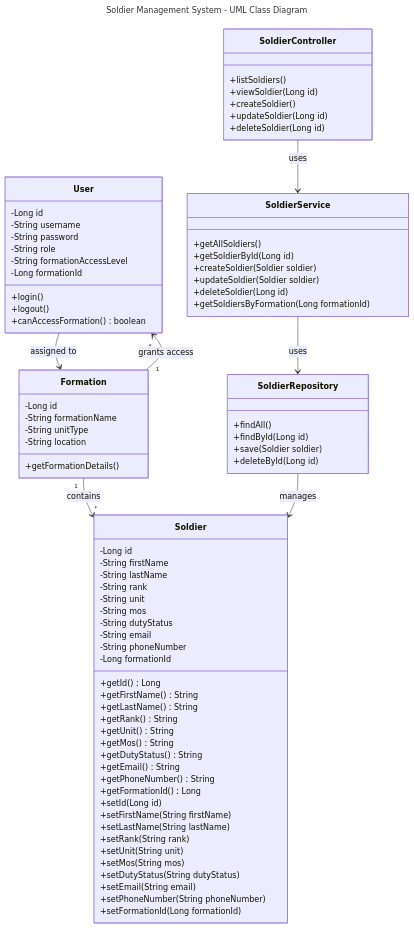
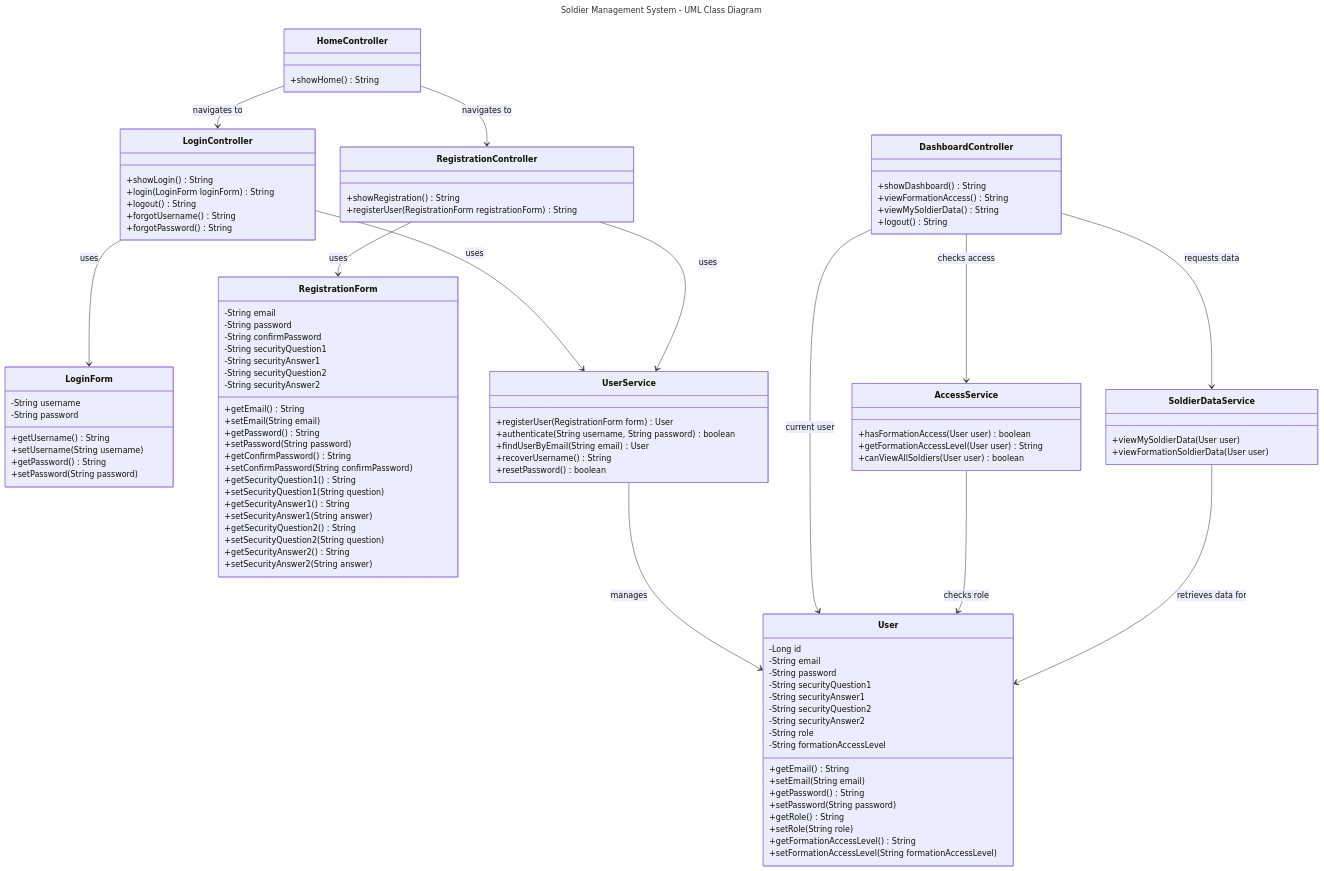
Before and after one commit to DragonReborn10/cst339: the third of 3 diagrams in milestones/milestone1/README.md, drawn with Mermaid.

Commit message:
added README.md and image folder to Milestone 1

````diff
--- a/milestones/milestone1/README.md
+++ b/milestones/milestone1/README.md
@@ -138,87 +138,112 @@
 ---
 classDiagram
 
-    class Soldier {
+    class User {
         -Long id
-        -String firstName
-        -String lastName
-        -String rank
-        -String unit
-        -String mos
-        -String dutyStatus
         -String email
-        -String phoneNumber
-        -Long formationId
-        +getId() Long
-        +getFirstName() String
-        +getLastName() String
-        +getRank() String
-        +getUnit() String
-        +getMos() String
-        +getDutyStatus() String
+        -String password
+        -String securityQuestion1
+        -String securityAnswer1
+        -String securityQuestion2
+        -String securityAnswer2
+        -String role
+        -String formationAccessLevel
         +getEmail() String
-        +getPhoneNumber() String
-        +getFormationId() Long
-        +setId(Long id)
-        +setFirstName(String firstName)
-        +setLastName(String lastName)
-        +setRank(String rank)
-        +setUnit(String unit)
-        +setMos(String mos)
-        +setDutyStatus(String dutyStatus)
         +setEmail(String email)
-        +setPhoneNumber(String phoneNumber)
-        +setFormationId(Long formationId)
+        +getPassword() String
+        +setPassword(String password)
+        +getRole() String
+        +setRole(String role)
+        +getFormationAccessLevel() String
+        +setFormationAccessLevel(String formationAccessLevel)
     }
 
-    class User {
-        -Long id
+    class LoginForm {
         -String username
         -String password
-        -String role
-        -String formationAccessLevel
-        -Long formationId
-        +login()
-        +logout()
-        +canAccessFormation() boolean
+        +getUsername() String
+        +setUsername(String username)
+        +getPassword() String
+        +setPassword(String password)
     }
 
-    class Formation {
-        -Long id
-        -String formationName
-        -String unitType
-        -String location
-        +getFormationDetails()
+    class RegistrationForm {
+        -String email
+        -String password
+        -String confirmPassword
+        -String securityQuestion1
+        -String securityAnswer1
+        -String securityQuestion2
+        -String securityAnswer2
+        +getEmail() String
+        +setEmail(String email)
+        +getPassword() String
+        +setPassword(String password)
+        +getConfirmPassword() String
+        +setConfirmPassword(String confirmPassword)
+        +getSecurityQuestion1() String
+        +setSecurityQuestion1(String question)
+        +getSecurityAnswer1() String
+        +setSecurityAnswer1(String answer)
+        +getSecurityQuestion2() String
+        +setSecurityQuestion2(String question)
+        +getSecurityAnswer2() String
+        +setSecurityAnswer2(String answer)
     }
 
-    class SoldierController {
-        +listSoldiers()
-        +viewSoldier(Long id)
-        +createSoldier()
-        +updateSoldier(Long id)
-        +deleteSoldier(Long id)
+    class HomeController {
+        +showHome() String
     }
 
-    class SoldierService {
-        +getAllSoldiers()
-        +getSoldierById(Long id)
-        +createSoldier(Soldier soldier)
-        +updateSoldier(Soldier soldier)
-        +deleteSoldier(Long id)
-        +getSoldiersByFormation(Long formationId)
+    class LoginController {
+        +showLogin() String
+        +login(LoginForm loginForm) String
+        +logout() String
+        +forgotUsername() String
+        +forgotPassword() String
     }
 
-    class SoldierRepository {
-        +findAll()
-        +findById(Long id)
-        +save(Soldier soldier)
-        +deleteById(Long id)
+    class RegistrationController {
+        +showRegistration() String
+        +registerUser(RegistrationForm registrationForm) String
     }
 
-    Formation "1" --> "*" Soldier : contains
-    Formation "1" --> "*" User : grants access
-    User --> Formation : assigned to
-    SoldierController --> SoldierService : uses
-    SoldierService --> SoldierRepository : uses
-    SoldierRepository --> Soldier : manages
+    class DashboardController {
+        +showDashboard() String
+        +viewFormationAccess() String
+        +viewMySoldierData() String
+        +logout() String
+    }
+
+    class UserService {
+        +registerUser(RegistrationForm form) User
+        +authenticate(String username, String password) boolean
+        +findUserByEmail(String email) User
+        +recoverUsername() String
+        +resetPassword() boolean
+    }
+
+    class AccessService {
+        +hasFormationAccess(User user) boolean
+        +getFormationAccessLevel(User user) String
+        +canViewAllSoldiers(User user) boolean
+    }
+
+    class SoldierDataService {
+        +viewMySoldierData(User user)
+        +viewFormationSoldierData(User user)
+    }
+
+    HomeController --> LoginController : navigates to
+    HomeController --> RegistrationController : navigates to
+    LoginController --> LoginForm : uses
+    LoginController --> UserService : uses
+    RegistrationController --> RegistrationForm : uses
+    RegistrationController --> UserService : uses
+    UserService --> User : manages
+    DashboardController --> User : current user
+    DashboardController --> AccessService : checks access
+    DashboardController --> SoldierDataService : requests data
+    AccessService --> User : checks role
+    SoldierDataService --> User : retrieves data for
 ```
````
